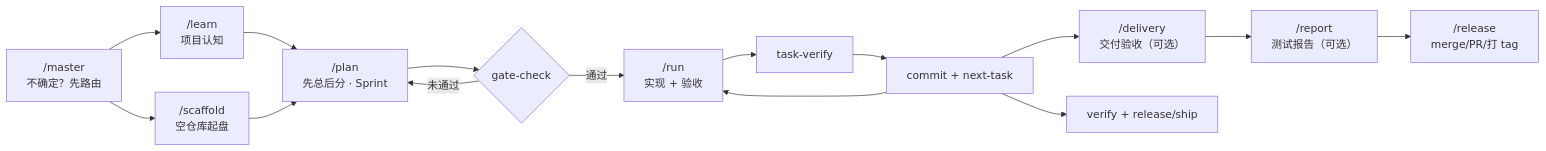
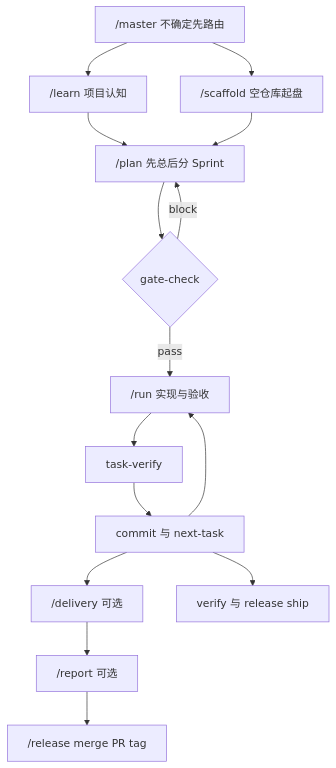
One commit to wangqiqi/cursor-ai changed the diagram in README.md. Above: the diagram before and after it, drawn with Mermaid.

Commit message:
fix(docs): README workflow mermaid for GitHub renderer

````diff
--- a/README.md
+++ b/README.md
@@ -119,17 +119,17 @@
 ```mermaid
-flowchart LR
-  A["/master<br/>不确定？先路由"] --> B["/scaffold<br/>空仓库起盘"]
-  A --> C["/learn<br/>项目认知"]
-  C --> D["/plan<br/>先总后分 · Sprint"]
-  B --> D
-  D --> E{"gate-check"}
-  E -->|通过| F["/run<br/>实现 + 验收"]
-  E -->|未通过| D
-  F --> G["task-verify"]
-  G --> H["commit + next-task"]
-  H --> F
-  H --> J["/delivery<br/>交付验收（可选）"]
-  J --> R["/report<br/>测试报告（可选）"]
-  R --> K["/release<br/>merge/PR/打 tag"]
-  H --> I["verify + release/ship"]
+flowchart TB
+  master["/master 不确定先路由"] --> scaffold["/scaffold 空仓库起盘"]
+  master --> learn["/learn 项目认知"]
+  learn --> plan["/plan 先总后分 Sprint"]
+  scaffold --> plan
+  plan --> gate{"gate-check"}
+  gate -->|pass| run["/run 实现与验收"]
+  gate -->|block| plan
+  run --> tv["task-verify"]
+  tv --> commit["commit 与 next-task"]
+  commit --> run
+  commit --> delivery["/delivery 可选"]
+  delivery --> report["/report 可选"]
+  report --> release["/release merge PR tag"]
+  commit --> ship["verify 与 release ship"]
 ```
````
